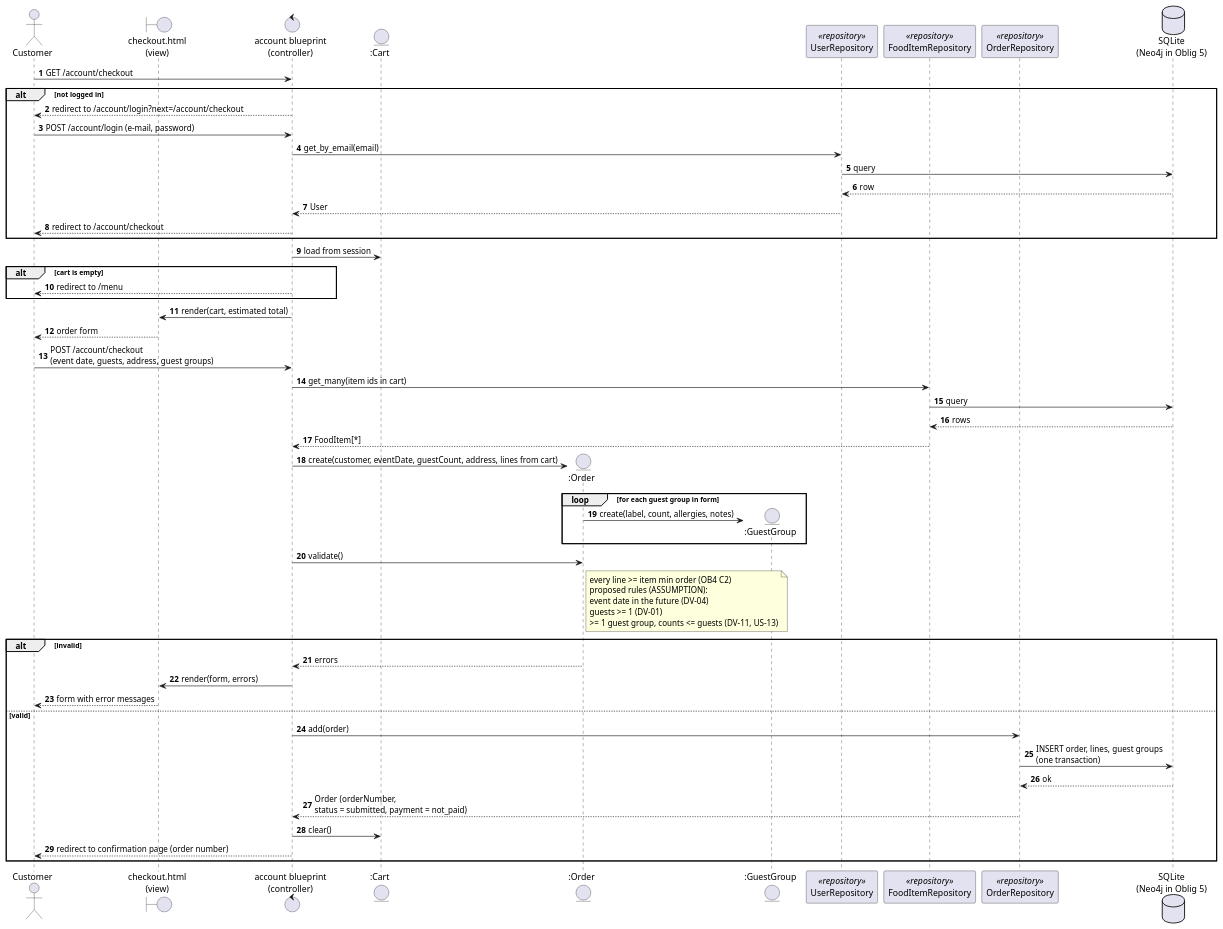
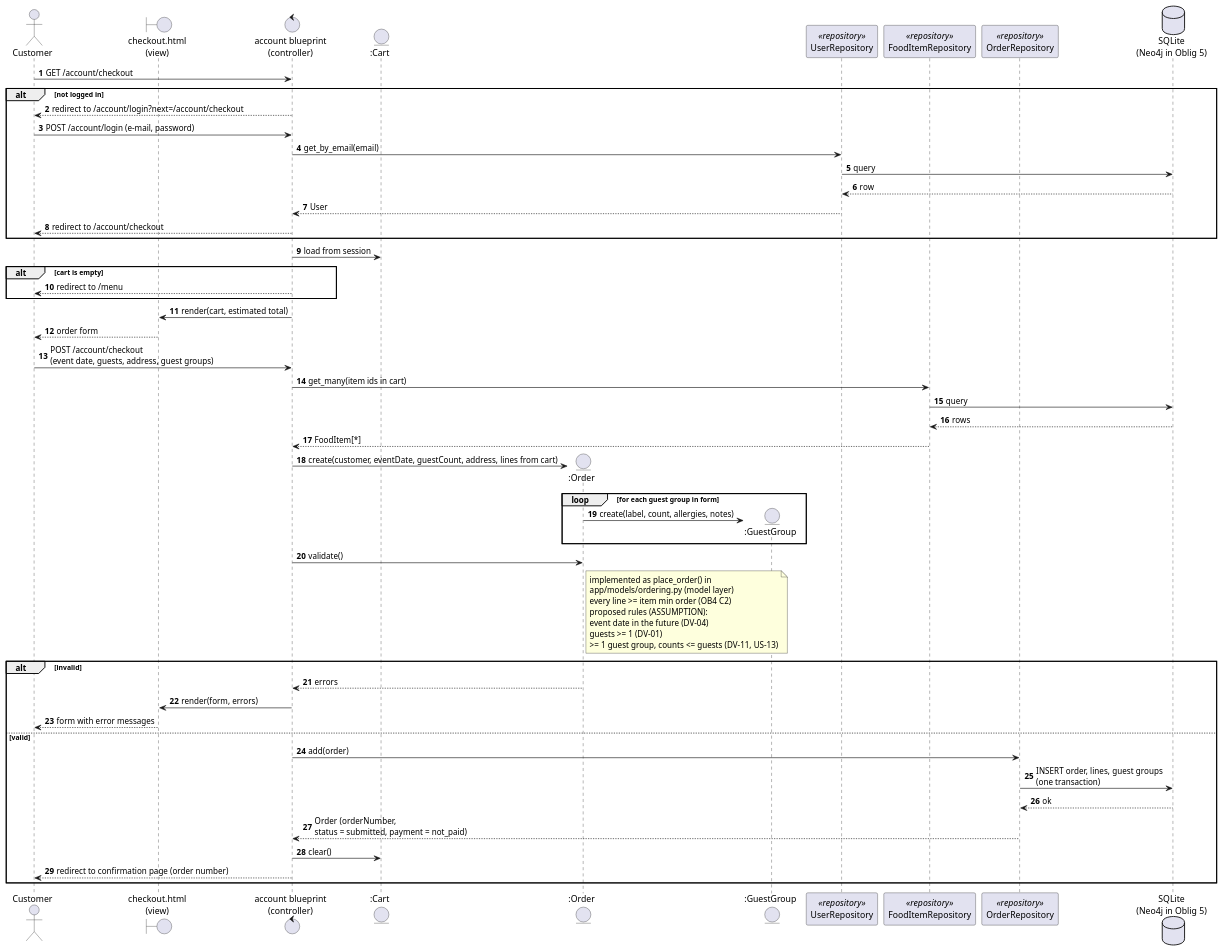
The diagram in docs/design/sequence-checkout.puml (Marensundt/Oblig4-INFO212), drawn with PlantUML before and after one commit. The commit also changed 2 other files, not shown here.

Commit message:
Document checkout and note place_order in the sequence diagram

```diff
--- a/docs/design/sequence-checkout.puml
+++ b/docs/design/sequence-checkout.puml
@@ -1,65 +1,67 @@
 @startuml sequence-checkout
 ' Ekte Mat Online — sequence diagram: customer submits an order (C3; US-11, US-12, US-13)
 ' Participants follow the MVC architecture (mvc-architecture.puml). Entity participants exist in domain-class.puml.
 !pragma layout smetana
 autonumber
 skinparam responseMessageBelowArrow true
 
 actor Customer
 boundary "checkout.html\n(view)" as View
 control "account blueprint\n(controller)" as Ctrl
 entity ":Cart" as Cart
 entity ":Order" as Order
 entity ":GuestGroup" as GG
 participant "UserRepository" as UserRepo <<repository>>
 participant "FoodItemRepository" as ItemRepo <<repository>>
 participant "OrderRepository" as OrderRepo <<repository>>
 database "SQLite\n(Neo4j in Oblig 5)" as DB
 
 Customer -> Ctrl : GET /account/checkout
 alt not logged in
   Ctrl --> Customer : redirect to /account/login?next=/account/checkout
   Customer -> Ctrl : POST /account/login (e-mail, password)
   Ctrl -> UserRepo : get_by_email(email)
   UserRepo -> DB : query
   DB --> UserRepo : row
   UserRepo --> Ctrl : User
   Ctrl --> Customer : redirect to /account/checkout
 end
 Ctrl -> Cart : load from session
 alt cart is empty
   Ctrl --> Customer : redirect to /menu
 end
 Ctrl -> View : render(cart, estimated total)
 View --> Customer : order form
 
 Customer -> Ctrl : POST /account/checkout\n(event date, guests, address, guest groups)
 Ctrl -> ItemRepo : get_many(item ids in cart)
 ItemRepo -> DB : query
 DB --> ItemRepo : rows
 ItemRepo --> Ctrl : FoodItem[*]
 Ctrl -> Order ** : create(customer, eventDate, guestCount, address, lines from cart)
 loop for each guest group in form
   Order -> GG ** : create(label, count, allergies, notes)
 end
 Ctrl -> Order : validate()
 note right of Order
+  implemented as place_order() in
+  app/models/ordering.py (model layer)
   every line >= item min order (OB4 C2)
   proposed rules (ASSUMPTION):
   event date in the future (DV-04)
   guests >= 1 (DV-01)
   >= 1 guest group, counts <= guests (DV-11, US-13)
 end note
 alt invalid
   Order --> Ctrl : errors
   Ctrl -> View : render(form, errors)
   View --> Customer : form with error messages
 else valid
   Ctrl -> OrderRepo : add(order)
   OrderRepo -> DB : INSERT order, lines, guest groups\n(one transaction)
   DB --> OrderRepo : ok
   OrderRepo --> Ctrl : Order (orderNumber,\nstatus = submitted, payment = not_paid)
   Ctrl -> Cart : clear()
   Ctrl --> Customer : redirect to confirmation page (order number)
 end
 @enduml
```
